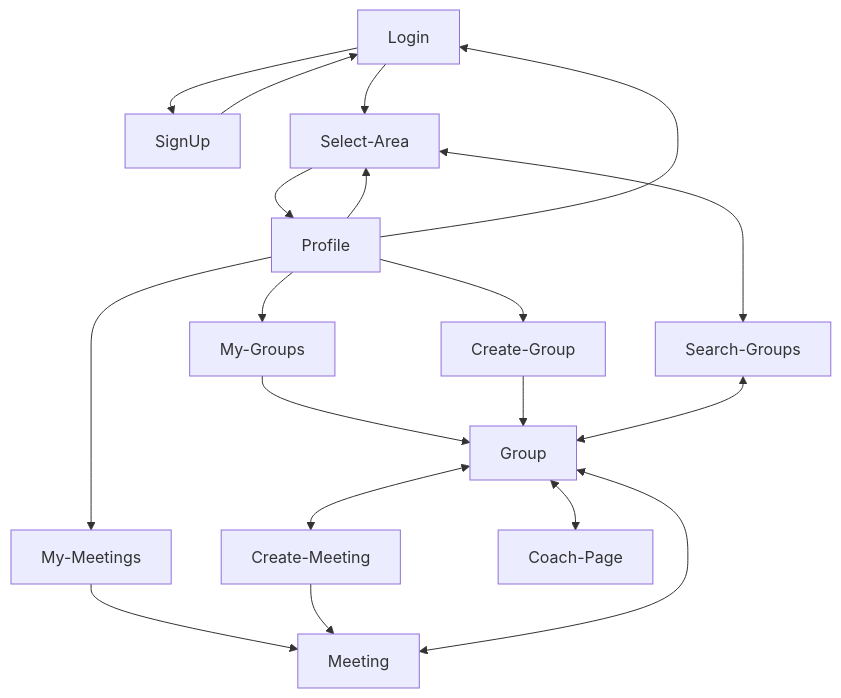
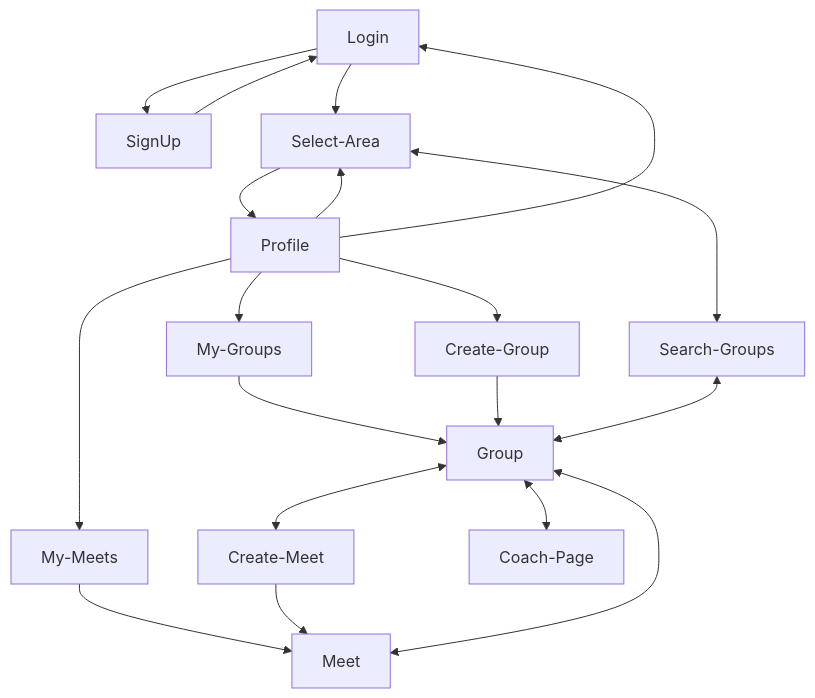
The third of 3 diagrams in README.md (DorYanay/SoluTrain-Mobile-APP), drawn with Mermaid before and after one commit. The commit also changed 12 other files, not shown here.

````diff
--- a/README.md
+++ b/README.md
@@ -157,17 +157,17 @@
 ```mermaid
 flowchart TD
   Login --> SignUp & Select-Area
   SignUp --> Login
   Select-Area --> Profile
   Profile --> Select-Area
   Profile --> Login
-  Profile --> My-Groups & My-Meetings
+  Profile --> My-Groups & My-Meets
   My-Groups --> Group
-  My-Meetings --> Meeting
+  My-Meets --> Meet
   Profile --> Create-Group --> Group
-  Group <--> Create-Meeting --> Meeting
-  Group <--> Meeting
+  Group <--> Create-Meet --> Meet
+  Group <--> Meet
   Select-Area <--> Search-Groups
   Search-Groups <--> Group
   Group <--> Coach-Page
 ```
````
